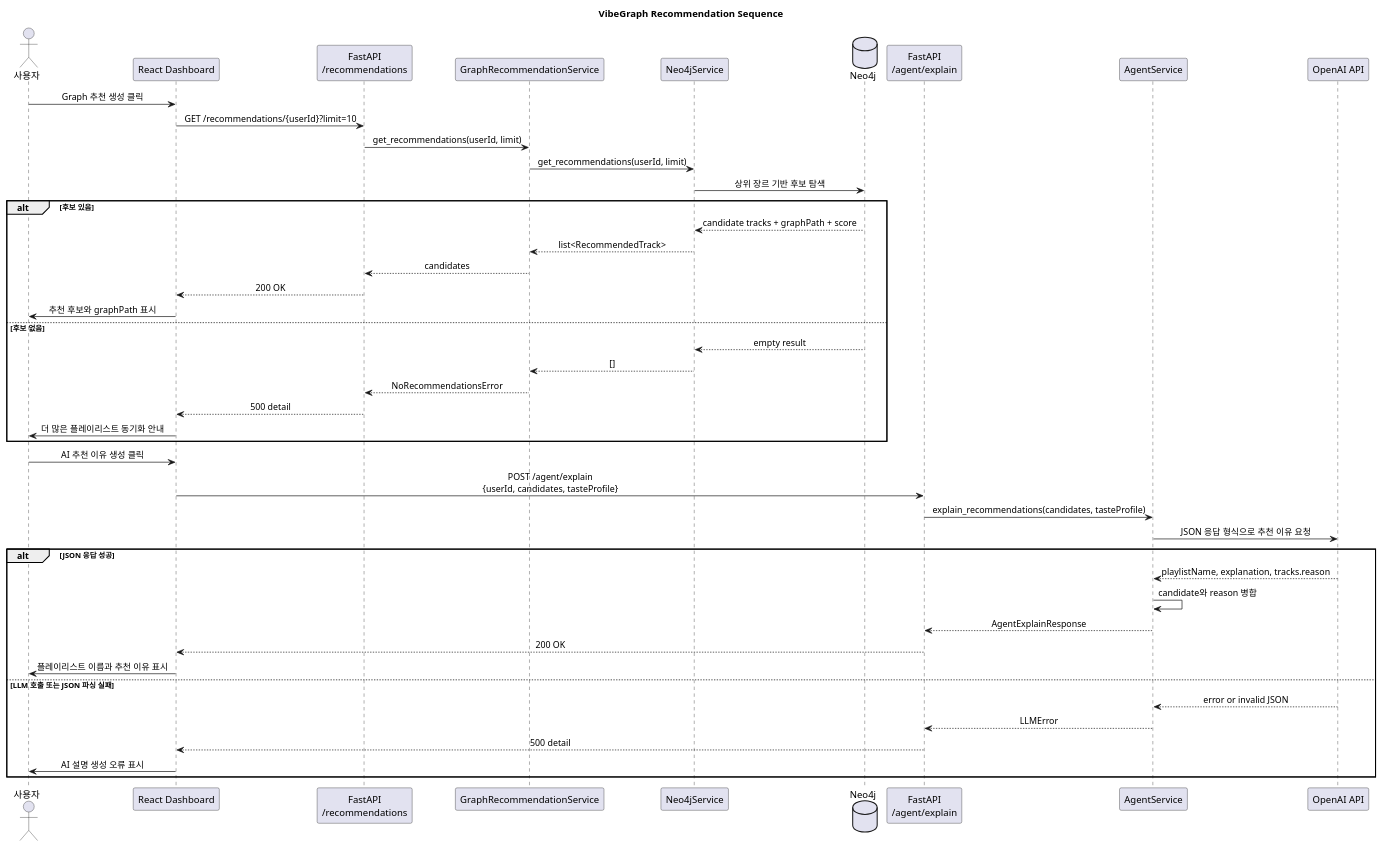
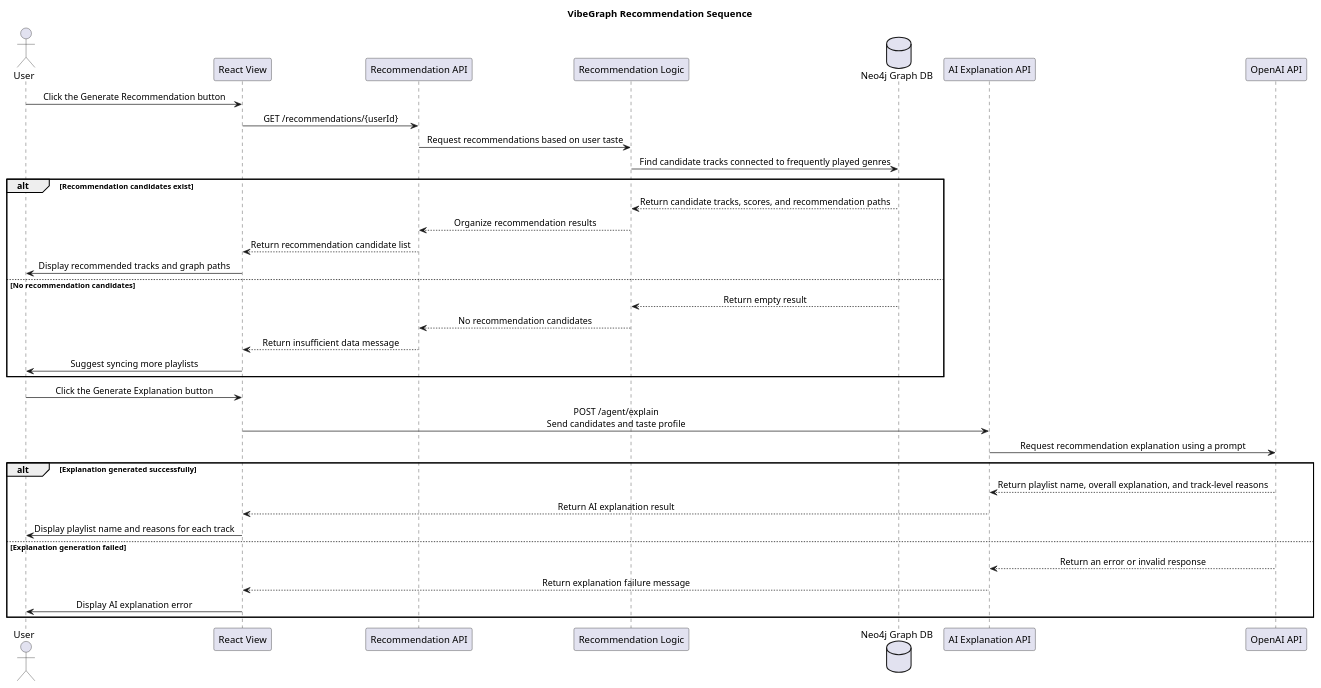
One commit to minyoy/VibeGraph changed the diagram in docs/05_sequence-recommendation.puml. Above: the diagram before and after it, drawn with PlantUML. The commit also changed 3 other files, not shown here.

Commit message:
Translate UML docs to English and clarify models

```diff
--- a/docs/05_sequence-recommendation.puml
+++ b/docs/05_sequence-recommendation.puml
@@ -1,55 +1,48 @@
 @startuml
 title VibeGraph Recommendation Sequence
 
 skinparam shadowing false
 skinparam sequenceMessageAlign center
 
-actor "사용자" as User
-participant "React Dashboard" as FE
-participant "FastAPI\n/recommendations" as RecAPI
-participant "GraphRecommendationService" as RecService
-participant "Neo4jService" as Neo4jService
-database "Neo4j" as Neo4j
-participant "FastAPI\n/agent/explain" as AgentAPI
-participant "AgentService" as AgentService
+actor "User" as User
+participant "React View" as FE
+participant "Recommendation API" as RecAPI
+participant "Recommendation Logic" as RecLogic
+database "Neo4j Graph DB" as Neo4j
+participant "AI Explanation API" as ExplainAPI
 participant "OpenAI API" as OpenAI
 
-User -> FE : Graph 추천 생성 클릭
-FE -> RecAPI : GET /recommendations/{userId}?limit=10
-RecAPI -> RecService : get_recommendations(userId, limit)
-RecService -> Neo4jService : get_recommendations(userId, limit)
-Neo4jService -> Neo4j : 상위 장르 기반 후보 탐색
+User -> FE : Click the Generate Recommendation button
+FE -> RecAPI : GET /recommendations/{userId}
 
-alt 후보 있음
-  Neo4j --> Neo4jService : candidate tracks + graphPath + score
-  Neo4jService --> RecService : list<RecommendedTrack>
-  RecService --> RecAPI : candidates
-  RecAPI --> FE : 200 OK
-  FE -> User : 추천 후보와 graphPath 표시
-else 후보 없음
-  Neo4j --> Neo4jService : empty result
-  Neo4jService --> RecService : []
-  RecService --> RecAPI : NoRecommendationsError
-  RecAPI --> FE : 500 detail
-  FE -> User : 더 많은 플레이리스트 동기화 안내
+RecAPI -> RecLogic : Request recommendations based on user taste
+RecLogic -> Neo4j : Find candidate tracks connected to frequently played genres
+
+alt Recommendation candidates exist
+Neo4j --> RecLogic : Return candidate tracks, scores, and recommendation paths
+RecLogic --> RecAPI : Organize recommendation results
+RecAPI --> FE : Return recommendation candidate list
+FE -> User : Display recommended tracks and graph paths
+else No recommendation candidates
+Neo4j --> RecLogic : Return empty result
+RecLogic --> RecAPI : No recommendation candidates
+RecAPI --> FE : Return insufficient data message
+FE -> User : Suggest syncing more playlists
 end
 
-User -> FE : AI 추천 이유 생성 클릭
-FE -> AgentAPI : POST /agent/explain\n{userId, candidates, tasteProfile}
-AgentAPI -> AgentService : explain_recommendations(candidates, tasteProfile)
-AgentService -> OpenAI : JSON 응답 형식으로 추천 이유 요청
+User -> FE : Click the Generate Explanation button
+FE -> ExplainAPI : POST /agent/explain\nSend candidates and taste profile
 
-alt JSON 응답 성공
-  OpenAI --> AgentService : playlistName, explanation, tracks.reason
-  AgentService -> AgentService : candidate와 reason 병합
-  AgentService --> AgentAPI : AgentExplainResponse
-  AgentAPI --> FE : 200 OK
-  FE -> User : 플레이리스트 이름과 추천 이유 표시
-else LLM 호출 또는 JSON 파싱 실패
-  OpenAI --> AgentService : error or invalid JSON
-  AgentService --> AgentAPI : LLMError
-  AgentAPI --> FE : 500 detail
-  FE -> User : AI 설명 생성 오류 표시
+ExplainAPI -> OpenAI : Request recommendation explanation using a prompt
+
+alt Explanation generated successfully
+OpenAI --> ExplainAPI : Return playlist name, overall explanation, and track-level reasons
+ExplainAPI --> FE : Return AI explanation result
+FE -> User : Display playlist name and reasons for each track
+else Explanation generation failed
+OpenAI --> ExplainAPI : Return an error or invalid response
+ExplainAPI --> FE : Return explanation failure message
+FE -> User : Display AI explanation error
 end
 
 @enduml
```
